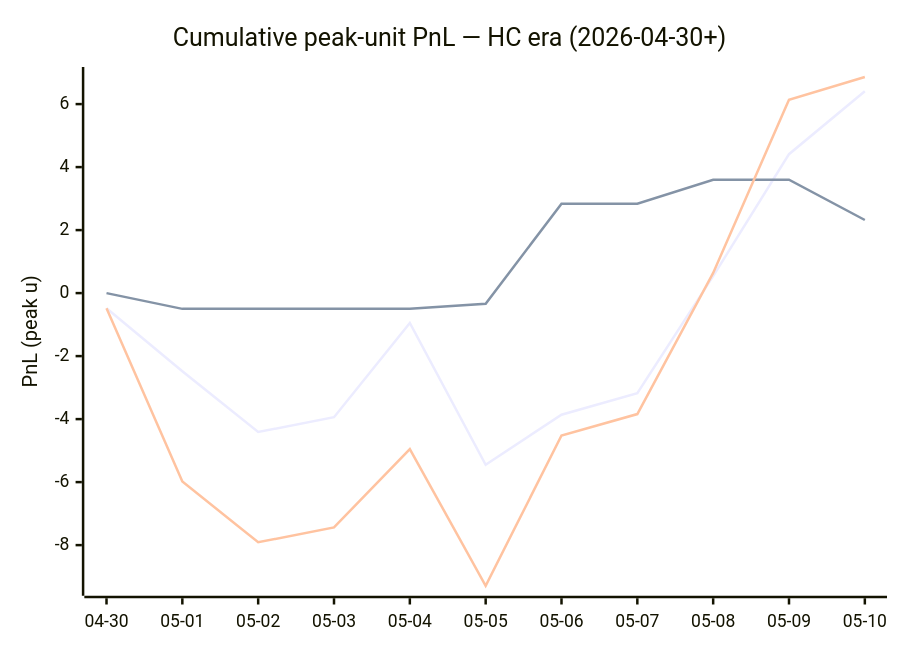
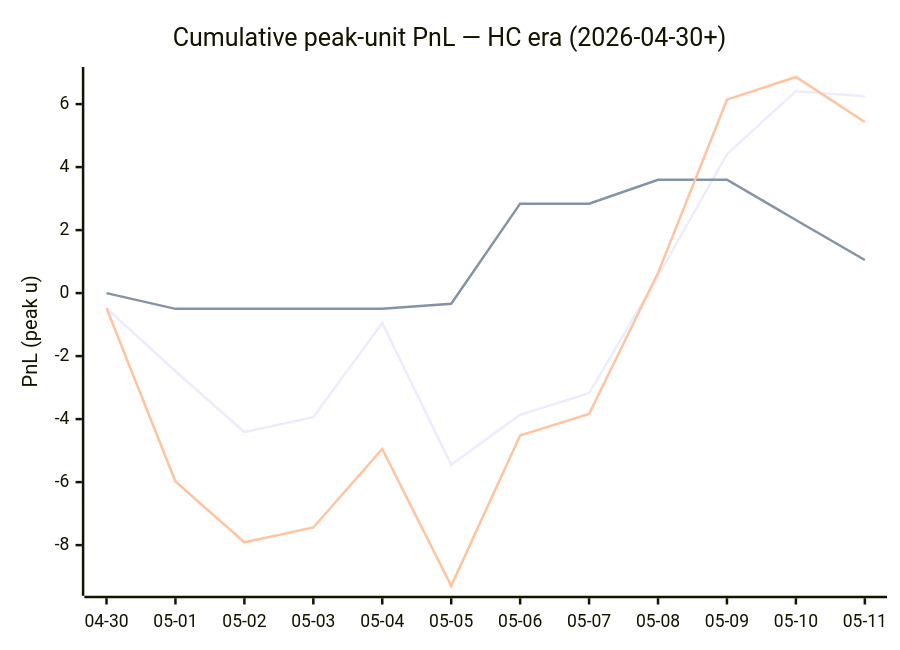
One commit to dpk1212/nhl-savant changed the diagram in DAILY_V6_REPORT.md. Above: the diagram before and after it, drawn with Mermaid. The commit also changed other lines of this file, not shown here.

````diff
--- a/DAILY_V6_REPORT.md
+++ b/DAILY_V6_REPORT.md
@@ -178,9 +173,9 @@
 ```mermaid
 xychart-beta
     title "Cumulative peak-unit PnL — HC era (2026-04-30+)"
-    x-axis ["04-30", "05-01", "05-02", "05-03", "05-04", "05-05", "05-06", "05-07", "05-08", "05-09", "05-10"]
+    x-axis ["04-30", "05-01", "05-02", "05-03", "05-04", "05-05", "05-06", "05-07", "05-08", "05-09", "05-10", "05-11"]
     y-axis "PnL (peak u)"
-    line "HC ≥ +1" [-0.48, -2.48, -4.41, -3.94, -0.95, -5.45, -3.86, -3.18, 0.54, 4.41, 6.41]
-    line "HC = 0"  [0.00, -0.50, -0.50, -0.50, -0.50, -0.34, 2.84, 2.84, 3.60, 3.60, 2.32]
-    line "All (HC era)" [-0.48, -5.98, -7.91, -7.44, -4.95, -9.29, -4.52, -3.84, 0.64, 6.14, 6.86]
+    line "HC ≥ +1" [-0.48, -2.48, -4.41, -3.94, -0.95, -5.45, -3.86, -3.18, 0.54, 4.41, 6.41, 6.25]
+    line "HC = 0"  [0.00, -0.50, -0.50, -0.50, -0.50, -0.34, 2.84, 2.84, 3.60, 3.60, 2.32, 1.05]
+    line "All (HC era)" [-0.48, -5.98, -7.91, -7.44, -4.95, -9.29, -4.52, -3.84, 0.64, 6.14, 6.86, 5.43]
 ```
````
